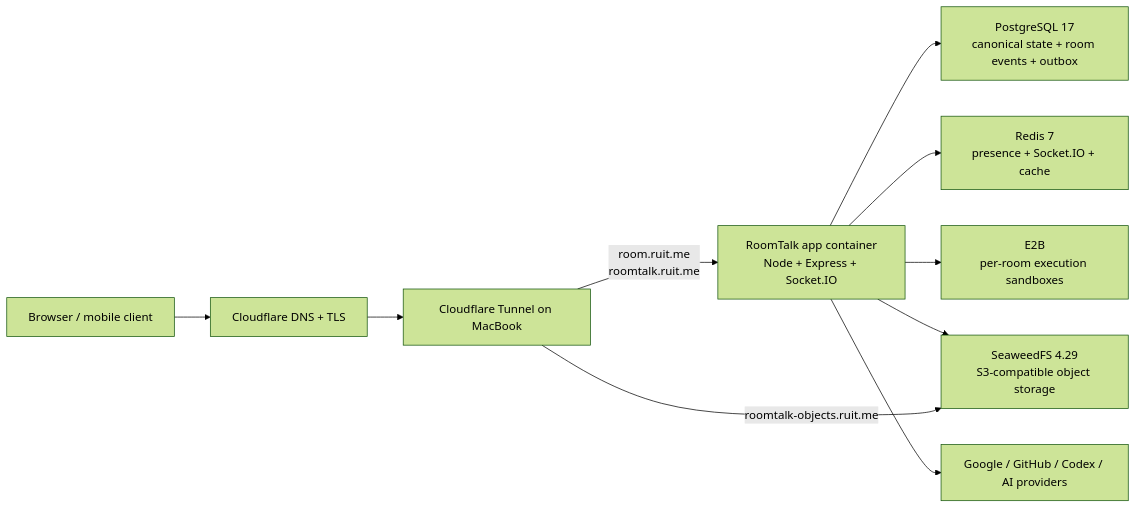
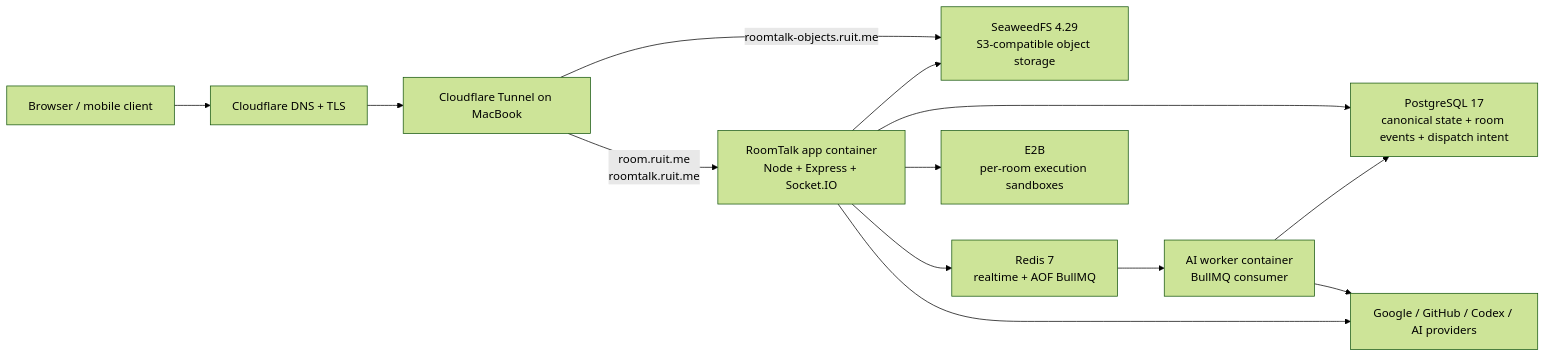
One commit to Skymore/roomtalk changed the second of 3 diagrams in README.md. Above: the diagram before and after it, drawn with Mermaid (forest theme). The commit also changed other lines of this file and 37 other files, not shown here.

````diff
--- a/README.md
+++ b/README.md
@@ -83,13 +87,16 @@
 ```mermaid
 flowchart LR
   Browser["Browser / mobile client"] --> Edge["Cloudflare DNS + TLS"]
   Edge --> Tunnel["Cloudflare Tunnel on MacBook"]
   Tunnel -->|"room.ruit.me<br/>roomtalk.ruit.me"| App["RoomTalk app container<br/>Node + Express + Socket.IO"]
   Tunnel -->|"roomtalk-objects.ruit.me"| Objects["SeaweedFS 4.29<br/>S3-compatible object storage"]
 
-  App --> Postgres["PostgreSQL 17<br/>canonical state + room events + outbox"]
-  App --> Redis["Redis 7<br/>presence + Socket.IO + cache"]
+  App --> Postgres["PostgreSQL 17<br/>canonical state + room events + dispatch intent"]
+  App --> Redis["Redis 7<br/>realtime + AOF BullMQ"]
+  Redis --> Worker["AI worker container<br/>BullMQ consumer"]
+  Worker --> Postgres
+  Worker --> Providers["AI providers"]
   App --> Objects
   App --> E2BProd["E2B<br/>per-room execution sandboxes"]
   App --> Providers["Google / GitHub / Codex / AI providers"]
 ```
````
